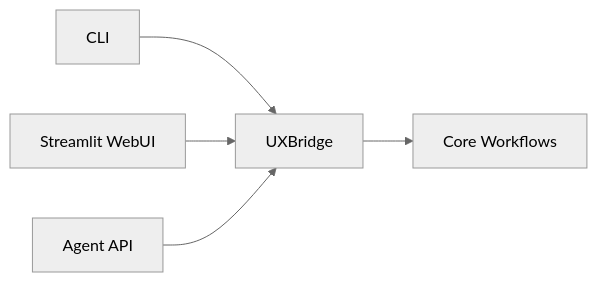
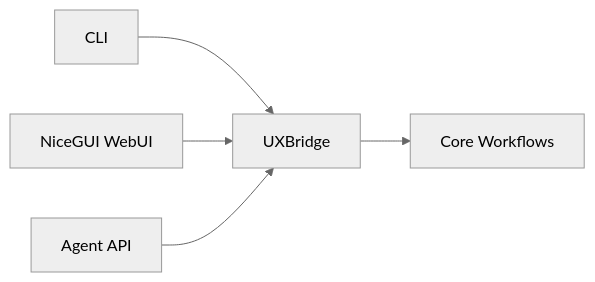
One commit to ravenoak/devsynth changed the second of 2 diagrams in docs/architecture/overview.md. Above: the diagram before and after it, drawn with Mermaid (neutral theme). The commit also changed other lines of this file and 34 other files, not shown here.

Commit message:
docs: migrate WebUI docs to NiceGUI

````diff
--- a/docs/architecture/overview.md
+++ b/docs/architecture/overview.md
@@ -74,7 +74,7 @@
 ```mermaid
 graph LR
     CLI[CLI] --> Bridge[UXBridge]
-    WebUI[Streamlit WebUI] --> Bridge
+    WebUI[NiceGUI WebUI] --> Bridge
     API[Agent API] --> Bridge
     Bridge --> Core[Core Workflows]
 ```
````
